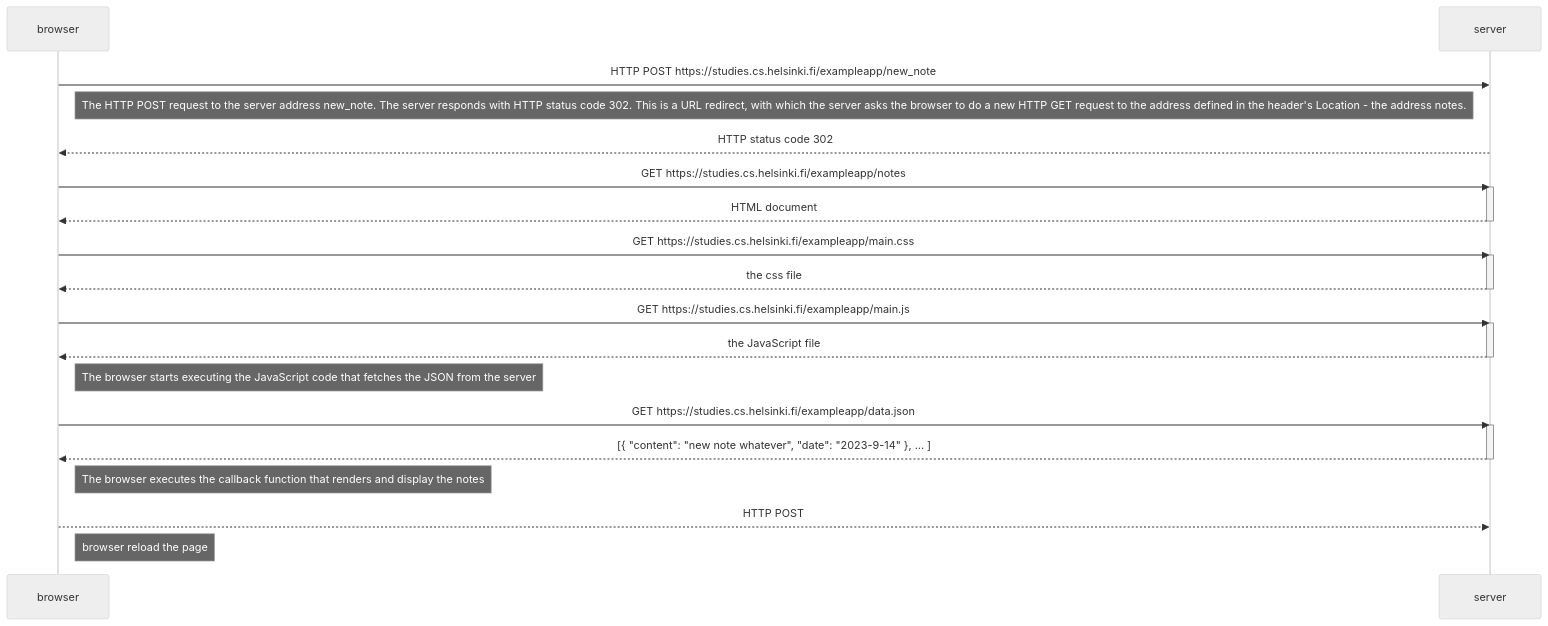
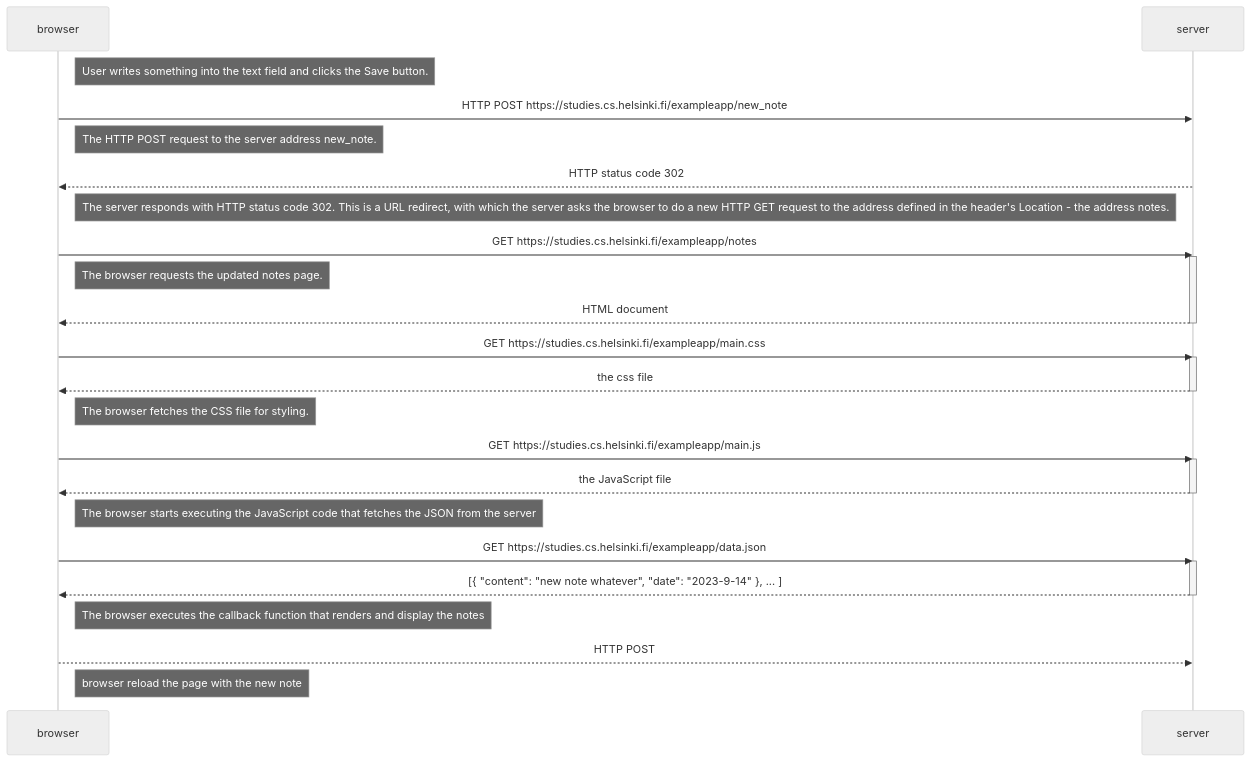
Before and after one commit to ana-sv/FullStackCourse: the diagram in Part0/0.4.md, drawn with Mermaid (neutral theme).

Commit message:
add notes for clarification

````diff
--- a/Part0/0.4.md
+++ b/Part0/0.4.md
@@ -5,40 +5,44 @@
 ```mermaid
 sequenceDiagram
     participant browser
     participant server
 
+        Note right of browser: User writes something into the text field and clicks the Save button.
+       
         browser->>server: HTTP POST https://studies.cs.helsinki.fi/exampleapp/new_note
-
-        Note right of browser :  The HTTP POST request to the server address new_note. The server responds with HTTP status code 302. This is a URL redirect, with which the server asks the browser to do a new HTTP GET request to the address defined in the header's Location - the address notes.
-
+        Note right of browser: The HTTP POST request to the server address new_note.
+        
         server-->>browser: HTTP status code 302
+        Note right of browser :  The server responds with HTTP status code 302. This is a URL redirect, with which the server asks the browser to do a new HTTP GET request to the address defined in the header's Location - the address notes.
 
         browser->>server: GET https://studies.cs.helsinki.fi/exampleapp/notes
         activate server
+        Note right of browser: The browser requests the updated notes page.
         server-->>browser: HTML document
         deactivate server
-
+     
         browser->>server: GET https://studies.cs.helsinki.fi/exampleapp/main.css
         activate server
         server-->>browser: the css file
         deactivate server
+        Note right of browser: The browser fetches the CSS file for styling.
 
         browser->>server: GET https://studies.cs.helsinki.fi/exampleapp/main.js
         activate server
         server-->>browser: the JavaScript file
         deactivate server
 
         Note right of browser: The browser starts executing the JavaScript code that fetches the JSON from the server
 
         browser->>server: GET https://studies.cs.helsinki.fi/exampleapp/data.json
         activate server
         server-->>browser: [{ "content": "new note whatever", "date": "2023-9-14" }, ... ]
         deactivate server
 
         Note right of browser: The browser executes the callback function that renders and display the notes
 
         browser-->>server: HTTP POST
 
-        Note right of browser: browser reload the page
+        Note right of browser: browser reload the page  with the new note
 
 ```
````
